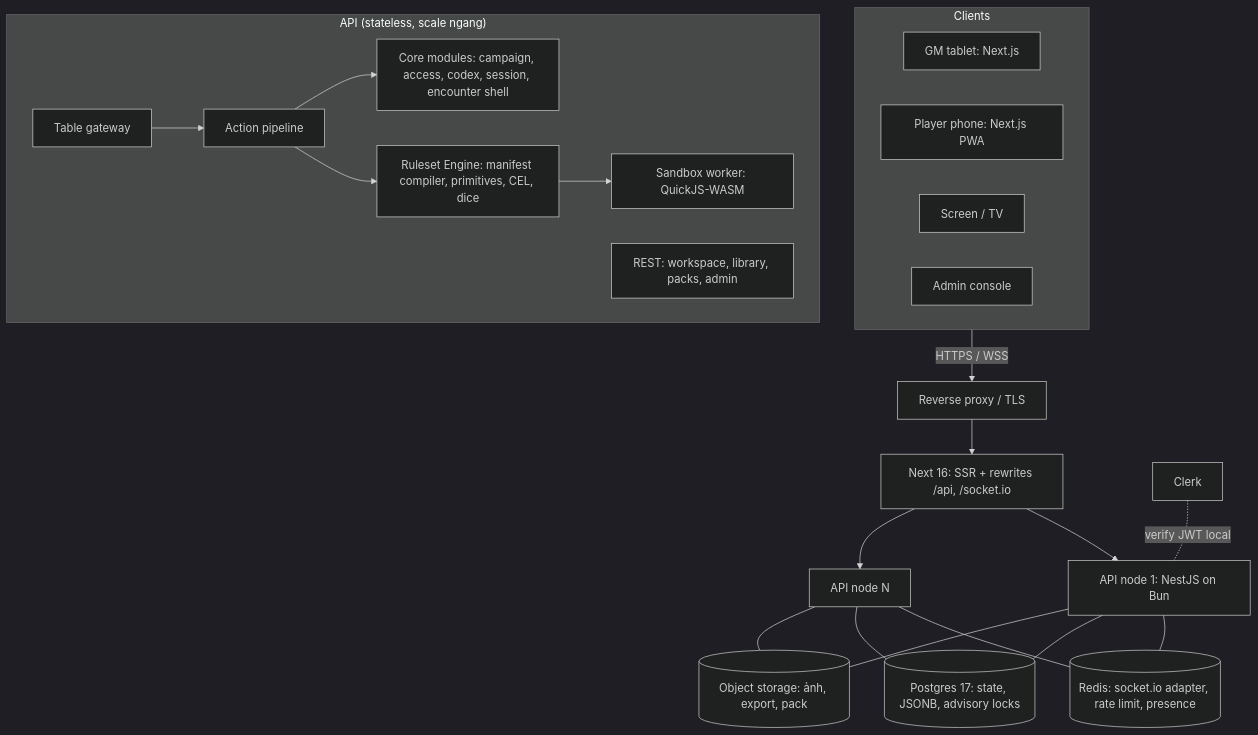
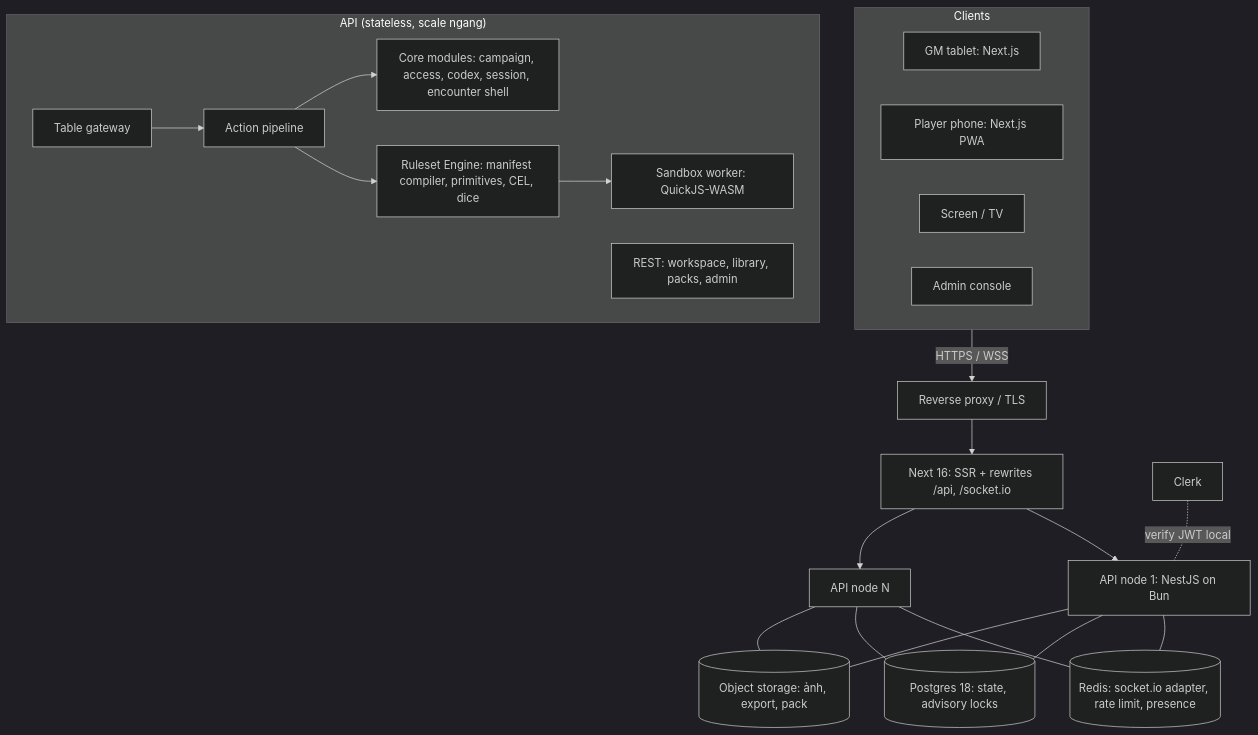
One commit to The-Inconsistent/auspex_gm changed the second of 4 diagrams in docs/spikes/universal-rpg-platform.md. Above: the diagram before and after it, drawn with Mermaid (dark theme). The commit also changed other lines of this file, not shown here.

First line of the commit message:
docs(spike): permissions model, Postgres 18 and a relational data model

````diff
--- a/docs/spikes/universal-rpg-platform.md
+++ b/docs/spikes/universal-rpg-platform.md
@@ -368,21 +486,21 @@
 ```mermaid
 flowchart TB
   subgraph Clients
     GM[GM tablet: Next.js] ; PL[Player phone: Next.js PWA] ; SC[Screen / TV] ; AD[Admin console]
   end
   Clients -- HTTPS / WSS --> EDGE[Reverse proxy / TLS]
   EDGE --> WEB[Next 16: SSR + rewrites /api, /socket.io]
   WEB --> API1[API node 1: NestJS on Bun]
   WEB --> API2[API node N]
   subgraph API["API (stateless, scale ngang)"]
     GW[Table gateway] --> PIPE[Action pipeline]
     PIPE --> CORE[Core modules: campaign, access, codex, session, encounter shell]
     PIPE --> RE[Ruleset Engine: manifest compiler, primitives, CEL, dice]
     RE --> SBX[Sandbox worker: QuickJS-WASM]
     REST[REST: workspace, library, packs, admin]
   end
   API1 & API2 --- REDIS[(Redis: socket.io adapter, rate limit, presence)]
-  API1 & API2 --- PG[(Postgres 17: state, JSONB, advisory locks)]
+  API1 & API2 --- PG[(Postgres 18: state, advisory locks)]
   API1 & API2 --- S3[(Object storage: ảnh, export, pack)]
   AUTH[Clerk] -. verify JWT local .- API1
 ```
````
